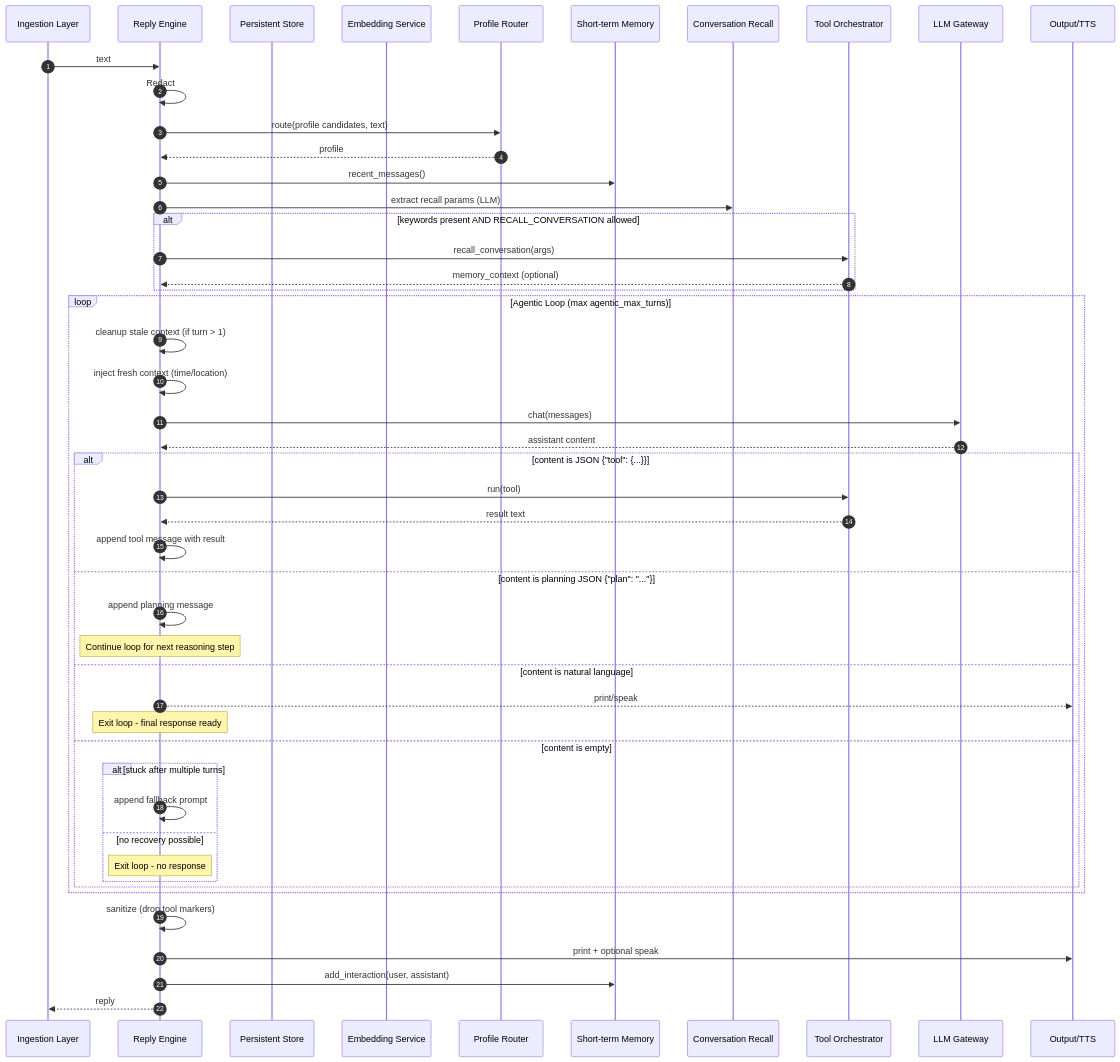
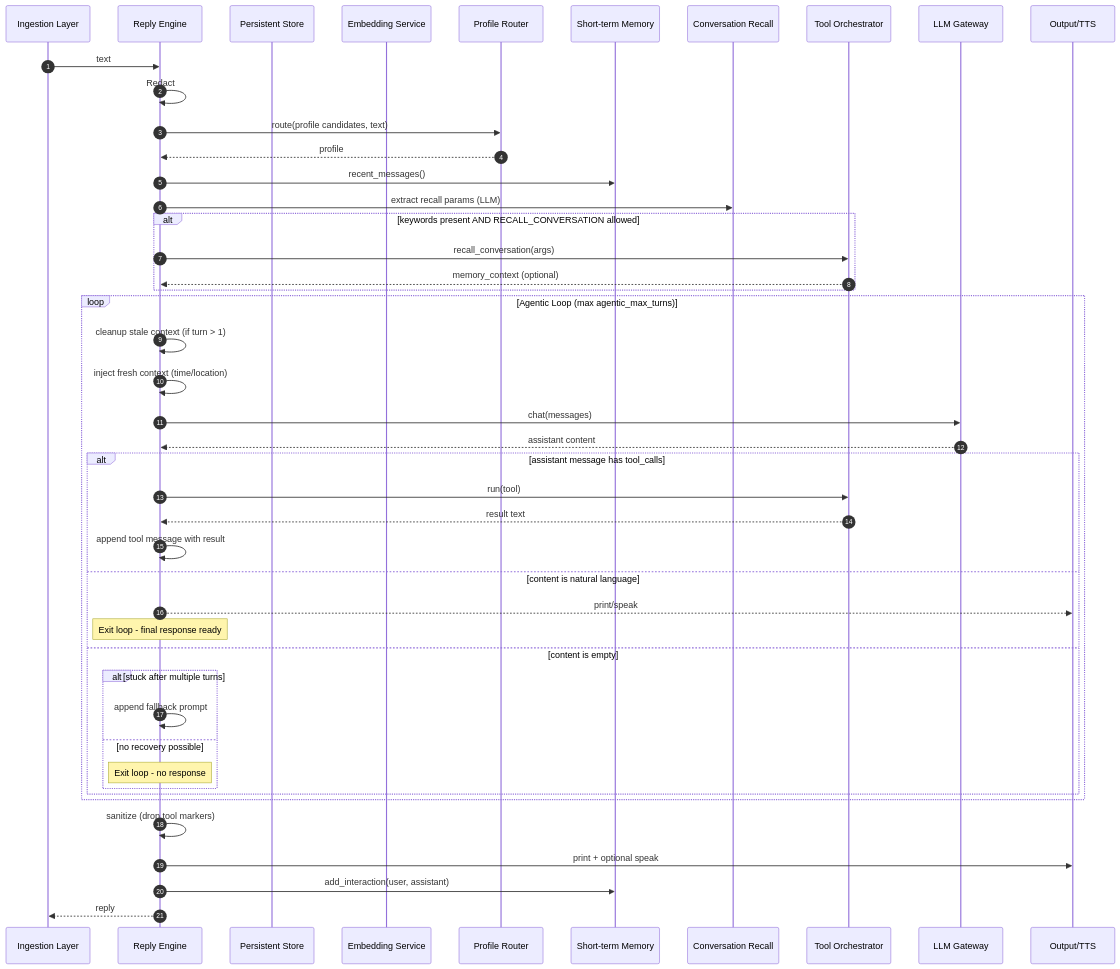
The diagram in src/jarvis/reply/reply.spec.md (isair/jarvis), drawn with Mermaid before and after one commit. The commit also changed 4 other files, not shown here.

````diff
--- a/src/jarvis/reply/reply.spec.md
+++ b/src/jarvis/reply/reply.spec.md
@@ -117,55 +117,52 @@
 ```mermaid
 sequenceDiagram
   autonumber
   participant Caller as Ingestion Layer
   participant Engine as Reply Engine
   participant Store as Persistent Store
   participant Emb as Embedding Service
   participant Router as Profile Router
   participant ShortMem as Short-term Memory
   participant Recall as Conversation Recall
   participant Tools as Tool Orchestrator
   participant LLM as LLM Gateway
   participant Out as Output/TTS
 
   Caller->>Engine: text
   Engine->>Engine: Redact
   Engine->>Router: route(profile candidates, text)
   Router-->>Engine: profile
   Engine->>ShortMem: recent_messages()
   Engine->>Recall: extract recall params (LLM)
   alt keywords present AND RECALL_CONVERSATION allowed
     Engine->>Tools: recall_conversation(args)
     Tools-->>Engine: memory_context (optional)
   end
   
   loop Agentic Loop (max agentic_max_turns)
     Engine->>Engine: cleanup stale context (if turn > 1)
     Engine->>Engine: inject fresh context (time/location)
     Engine->>LLM: chat(messages)
     LLM-->>Engine: assistant content
     
-    alt content is JSON {"tool": {...}}
+    alt assistant message has tool_calls
       Engine->>Tools: run(tool)
       Tools-->>Engine: result text
       Engine->>Engine: append tool message with result
-    else content is planning JSON {"plan": "..."}
-      Engine->>Engine: append planning message
-      Note over Engine: Continue loop for next reasoning step
     else content is natural language
       Engine-->>Out: print/speak
       Note over Engine: Exit loop - final response ready
     else content is empty
       alt stuck after multiple turns
         Engine->>Engine: append fallback prompt
       else no recovery possible
         Note over Engine: Exit loop - no response
       end
     end
   end
   
   Engine->>Engine: sanitize (drop tool markers)
   Engine->>Out: print + optional speak
   Engine->>ShortMem: add_interaction(user, assistant)
   Engine-->>Caller: reply
 ```
````
